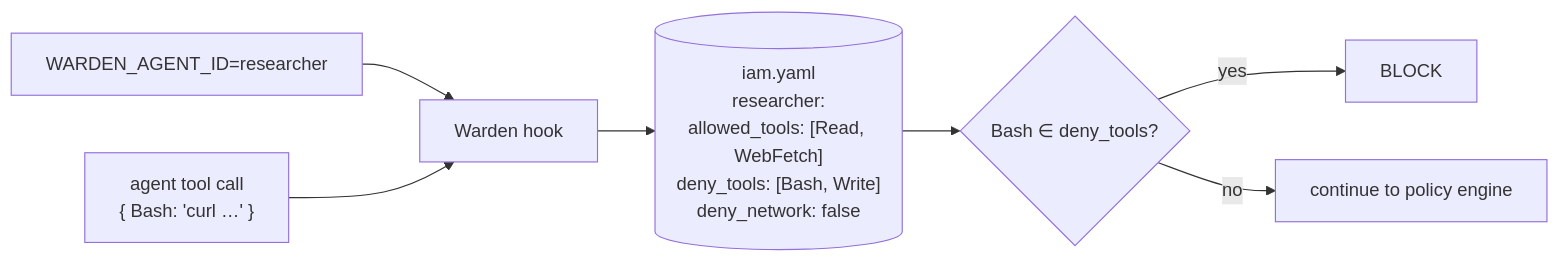
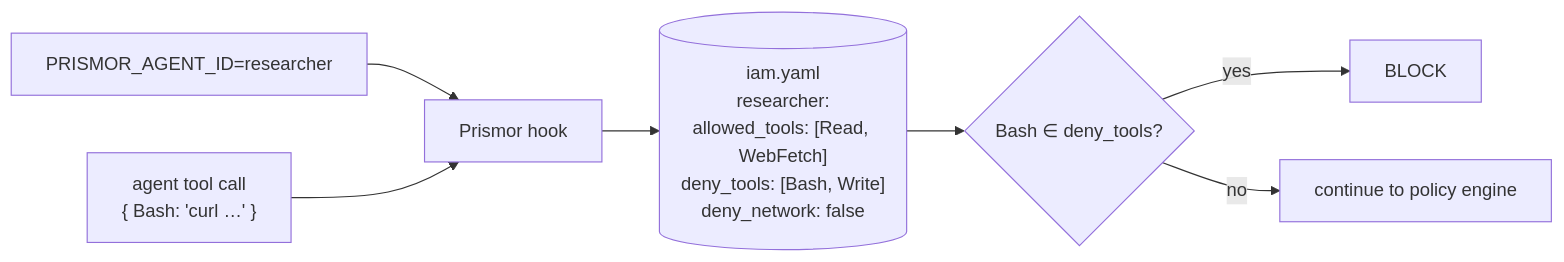
One commit to Madhumasa84/prismor changed the diagram in docs/iam.md. Above: the diagram before and after it, drawn with Mermaid. The commit also changed other lines of this file and 307 other files, not shown here.

First line of the commit message:
Rename Warden -> Prismor across the runtime (prismor.runtime namespace)

````diff
--- a/docs/iam.md
+++ b/docs/iam.md
@@ -15,9 +15,9 @@
 ```mermaid
 flowchart LR
-    ENV["WARDEN_AGENT_ID=researcher"] --> HOOK
-    CALL["agent tool call<br/>{ Bash: 'curl …' }"] --> HOOK["Warden hook"]
+    ENV["PRISMOR_AGENT_ID=researcher"] --> HOOK
+    CALL["agent tool call<br/>{ Bash: 'curl …' }"] --> HOOK["Prismor hook"]
     HOOK --> YAML[("iam.yaml<br/>researcher:<br/>allowed_tools: [Read, WebFetch]<br/>deny_tools: [Bash, Write]<br/>deny_network: false")]
     YAML --> DEC{"Bash ∈ deny_tools?"}
     DEC -->|yes| BLOCK["BLOCK"]
     DEC -->|no| ALLOW["continue to policy engine"]
 ```
````
